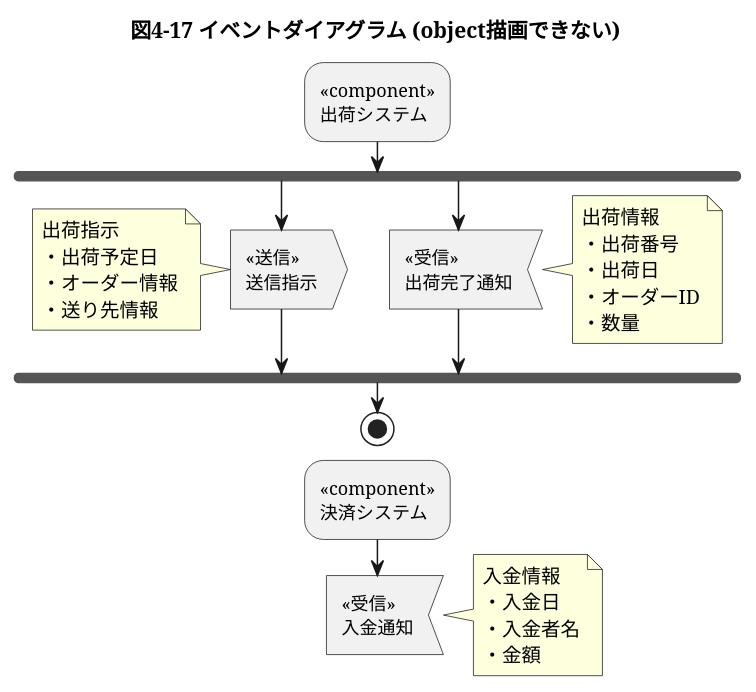
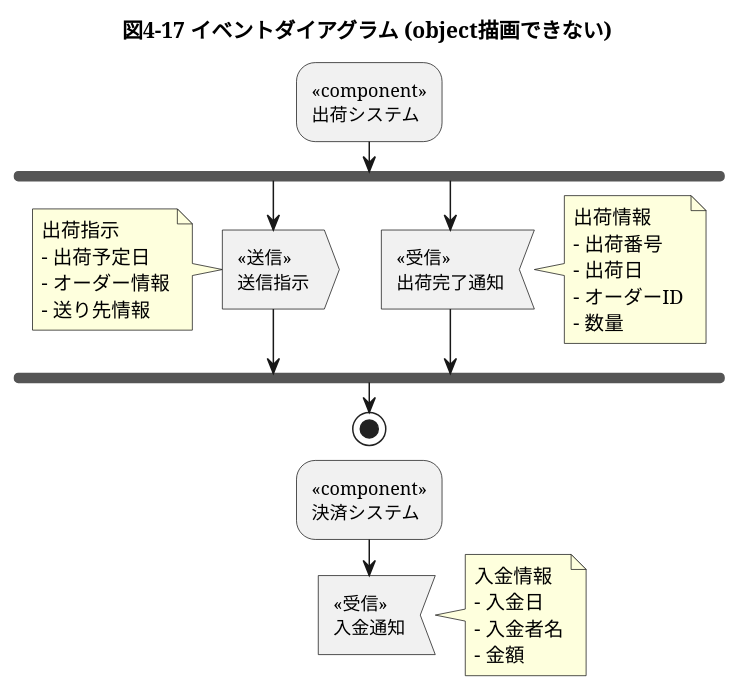
Before and after one commit to eyasuyuki/rdra-example: the diagram in chap04/4-17.puml, drawn with PlantUML. The commit also changed 16 other files, not shown here.

```diff
--- a/chap04/4-17.puml
+++ b/chap04/4-17.puml
@@ -1,15 +1,15 @@
 @startuml
 title 図4-17 イベントダイアグラム (object描画できない)
 :<<component>>\n出荷システム;
 fork
     :<<送信>>\n送信指示>
-    note left: 出荷指示\n・出荷予定日\n・オーダー情報\n・送り先情報
+    note left: 出荷指示\n- 出荷予定日\n- オーダー情報\n- 送り先情報
 fork again
     :<<受信>>\n出荷完了通知<
-    note right: 出荷情報\n・出荷番号\n・出荷日\n・オーダーID\n・数量
+    note right: 出荷情報\n- 出荷番号\n- 出荷日\n- オーダーID\n- 数量
 end fork
 stop
 :<<component>>\n決済システム;
 :<<受信>>\n入金通知<
-note right: 入金情報\n・入金日\n・入金者名\n・金額
+note right: 入金情報\n- 入金日\n- 入金者名\n- 金額
 @enduml
```
